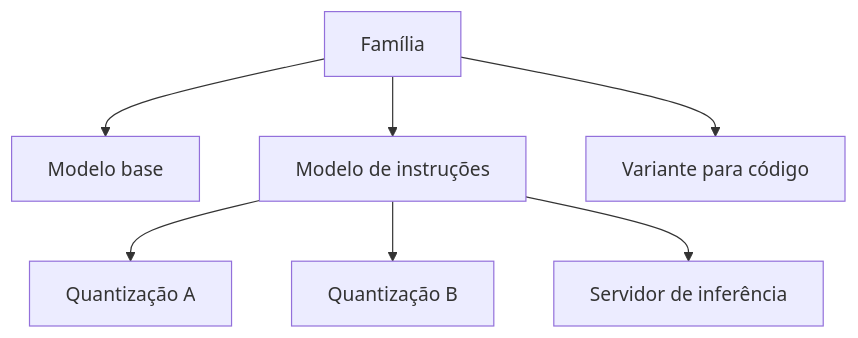
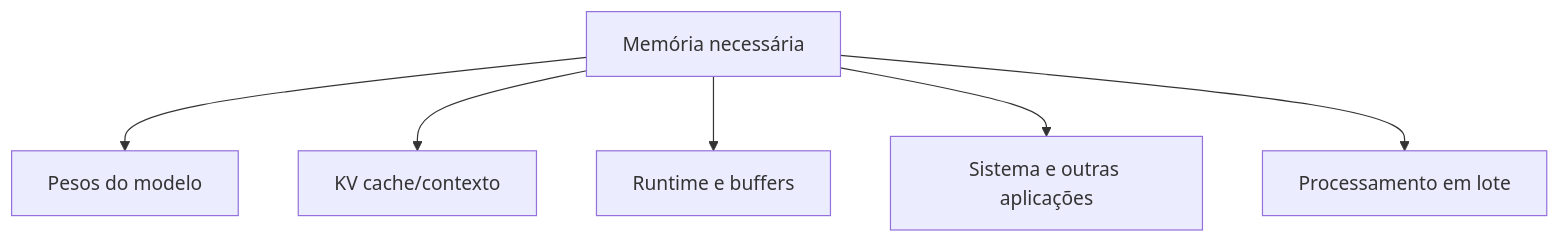
One commit to luciano-alexandre/topicos-avancados changed the first of 2 diagrams in docs/encontros/encontro-05.md. Above: the diagram before and after it, drawn with Mermaid. The commit also changed other lines of this file and 43 other files, not shown here.

````diff
--- a/docs/encontros/encontro-05.md
+++ b/docs/encontros/encontro-05.md
@@ -121,9 +88,8 @@
 ```mermaid
 flowchart TD
-    F[Família] --> B[Modelo base]
-    F --> I[Modelo de instruções]
-    F --> C[Variante para código]
-    I --> Q1[Quantização A]
-    I --> Q2[Quantização B]
-    I --> S[Servidor de inferência]
+    M[Memória necessária] --> P[Pesos do modelo]
+    M --> K[KV cache/contexto]
+    M --> R[Runtime e buffers]
+    M --> S[Sistema e outras aplicações]
+    M --> B[Processamento em lote]
 ```
````
